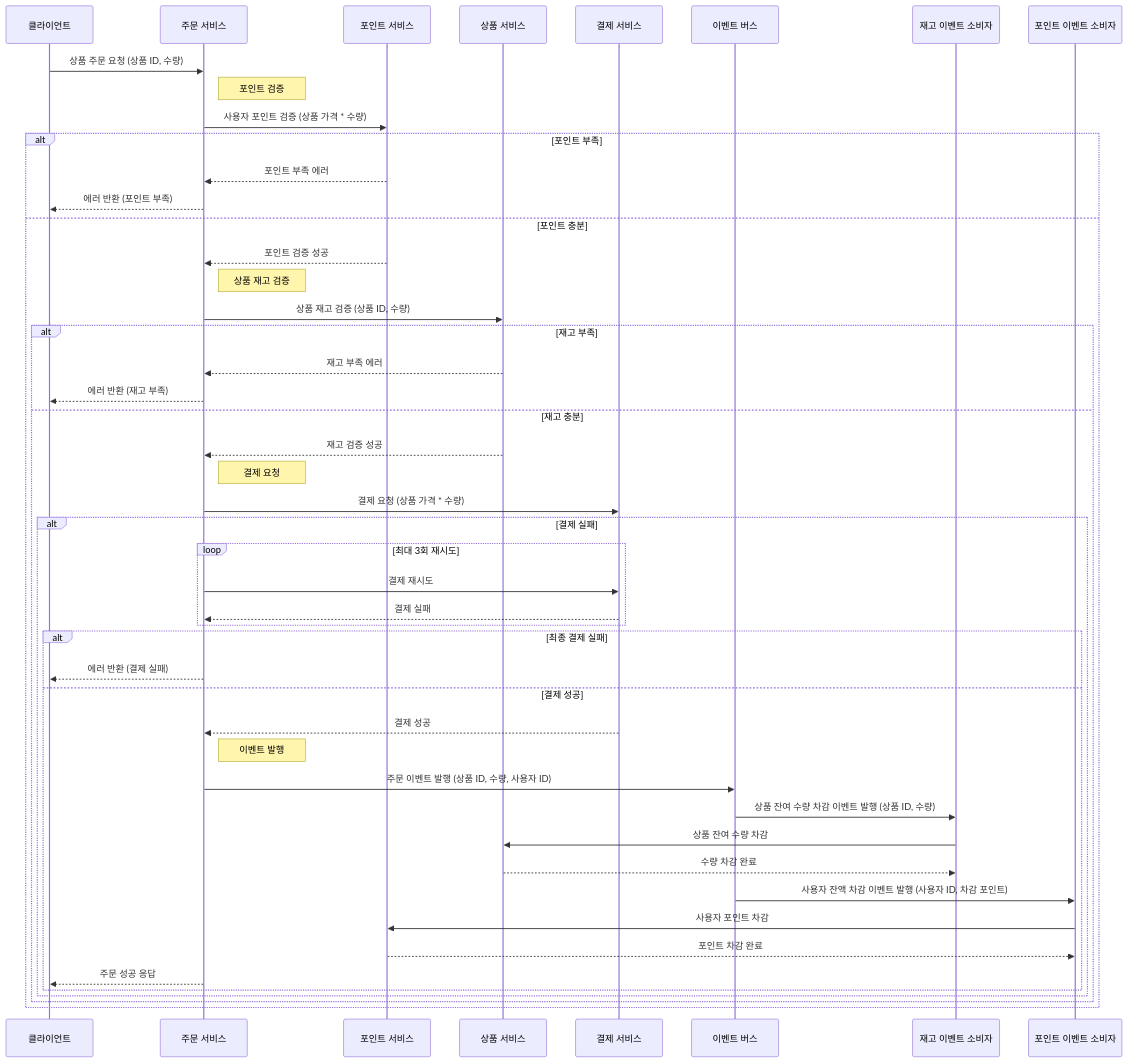
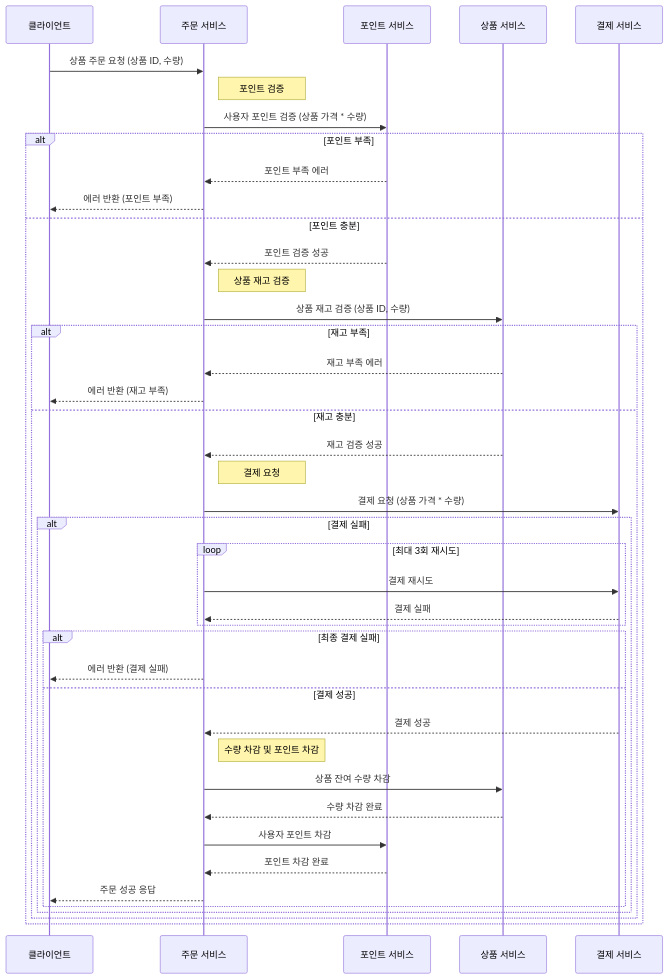
One commit to anniemon/e-commerce changed the fourth of 5 diagrams in readme.md. Above: the diagram before and after it, drawn with Mermaid. The commit also changed other lines of this file, not shown here.

Commit message:
시퀀스 다이어그램에서 이벤트 관련 로직 제거

````diff
--- a/readme.md
+++ b/readme.md
@@ -73,57 +73,51 @@
 ```mermaid
 sequenceDiagram
     participant Client as 클라이언트
     participant OrderService as 주문 서비스
     participant PointService as 포인트 서비스
     participant ProductService as 상품 서비스
     participant PaymentService as 결제 서비스
-    participant EventBus as 이벤트 버스
-    participant StockConsumer as 재고 이벤트 소비자
-    participant PointConsumer as 포인트 이벤트 소비자
 
     Client->>OrderService: 상품 주문 요청 (상품 ID, 수량)
     
     Note right of OrderService: 포인트 검증
     OrderService->>PointService: 사용자 포인트 검증 (상품 가격 * 수량)
     alt 포인트 부족
         PointService-->>OrderService: 포인트 부족 에러
         OrderService-->>Client: 에러 반환 (포인트 부족)
     else 포인트 충분
         PointService-->>OrderService: 포인트 검증 성공
     
         Note right of OrderService: 상품 재고 검증
         OrderService->>ProductService: 상품 재고 검증 (상품 ID, 수량)
         alt 재고 부족
             ProductService-->>OrderService: 재고 부족 에러
             OrderService-->>Client: 에러 반환 (재고 부족)
         else 재고 충분
             ProductService-->>OrderService: 재고 검증 성공
 
             Note right of OrderService: 결제 요청
             OrderService->>PaymentService: 결제 요청 (상품 가격 * 수량)
             alt 결제 실패
                 loop 최대 3회 재시도
                     OrderService->>PaymentService: 결제 재시도
                     PaymentService-->>OrderService: 결제 실패
                 end
                 alt 최종 결제 실패
                     OrderService-->>Client: 에러 반환 (결제 실패)
                 else 결제 성공
                     PaymentService-->>OrderService: 결제 성공
-                    Note right of OrderService: 이벤트 발행
-                    OrderService->>EventBus: 주문 이벤트 발행 (상품 ID, 수량, 사용자 ID)
+                    Note right of OrderService: 수량 차감 및 포인트 차감
+                    OrderService->>ProductService: 상품 잔여 수량 차감
+                    ProductService-->>OrderService: 수량 차감 완료
 
-                    EventBus->>StockConsumer: 상품 잔여 수량 차감 이벤트 발행 (상품 ID, 수량)
-                    StockConsumer->>ProductService: 상품 잔여 수량 차감
-                    ProductService-->>StockConsumer: 수량 차감 완료
-
-                    EventBus->>PointConsumer: 사용자 잔액 차감 이벤트 발행 (사용자 ID, 차감 포인트)
-                    PointConsumer->>PointService: 사용자 포인트 차감
-                    PointService-->>PointConsumer: 포인트 차감 완료
+                    OrderService->>PointService: 사용자 포인트 차감
+                    PointService-->>OrderService: 포인트 차감 완료
 
                     OrderService-->>Client: 주문 성공 응답
                 end
             end
         end
     end
+
 ```
````
